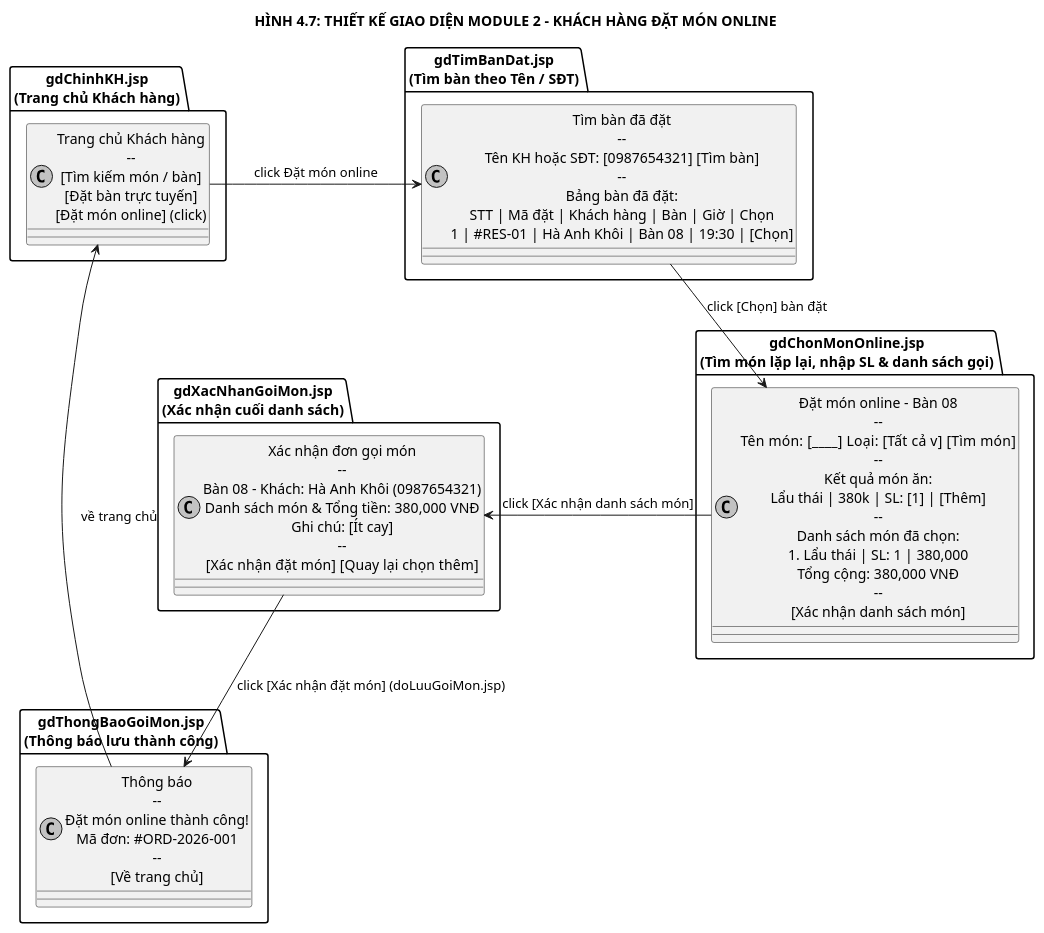
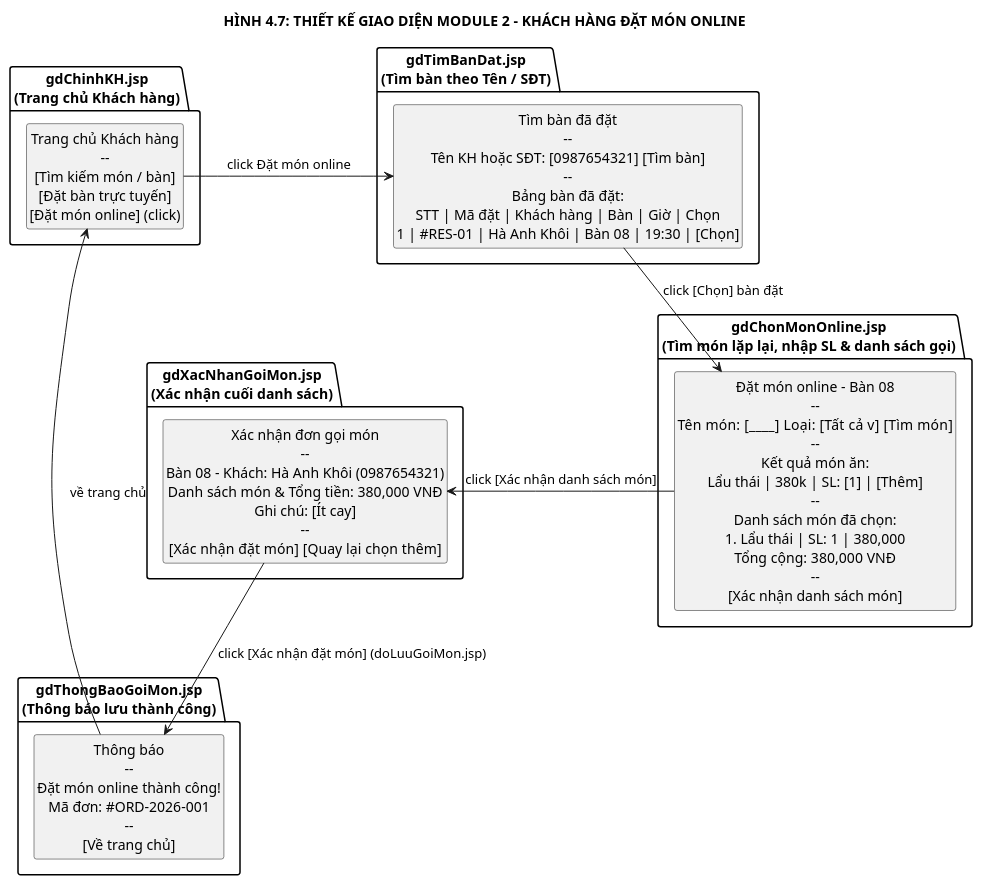
Before and after one commit to NEWBIE1005/RMS_RestaurantManagementSystem: the diagram in docs/plantuml/thiet_ke/Design_04a_Module2_UIFlow.puml, drawn with PlantUML. The commit also changed 38 other files, not shown here.

Commit message:
Optimize UML relationships, sequence numbering, and diagram layouts

```diff
--- a/docs/plantuml/thiet_ke/Design_04a_Module2_UIFlow.puml
+++ b/docs/plantuml/thiet_ke/Design_04a_Module2_UIFlow.puml
@@ -1,34 +1,36 @@
 @startuml Design_04a_Module2_UIFlow
 skinparam monochrome true
 skinparam shadowing false
 skinparam defaultTextAlignment center
+hide circle
+hide empty members
 
 title HÌNH 4.7: THIẾT KẾ GIAO DIỆN MODULE 2 - KHÁCH HÀNG ĐẶT MÓN ONLINE
 
 package "gdChinhKH.jsp\n(Trang chủ Khách hàng)" as P0 {
   class "Trang chủ Khách hàng\n--\n[Tìm kiếm món / bàn]\n[Đặt bàn trực tuyến]\n[Đặt món online] (click)" as UI0
 }
 
 package "gdTimBanDat.jsp\n(Tìm bàn theo Tên / SĐT)" as P1 {
   class "Tìm bàn đã đặt\n--\nTên KH hoặc SĐT: [0987654321] [Tìm bàn]\n--\nBảng bàn đã đặt:\nSTT | Mã đặt | Khách hàng | Bàn | Giờ | Chọn\n1 | #RES-01 | Hà Anh Khôi | Bàn 08 | 19:30 | [Chọn]" as UI1
 }
 
 package "gdChonMonOnline.jsp\n(Tìm món lặp lại, nhập SL & danh sách gọi)" as P2 {
   class "Đặt món online - Bàn 08\n--\nTên món: [____]  Loại: [Tất cả v]  [Tìm món]\n--\nKết quả món ăn:\nLẩu thái | 380k | SL: [1] | [Thêm]\n--\nDanh sách món đã chọn:\n1. Lẩu thái | SL: 1 | 380,000\nTổng cộng: 380,000 VNĐ\n--\n[Xác nhận danh sách món]" as UI2
 }
 
 package "gdXacNhanGoiMon.jsp\n(Xác nhận cuối danh sách)" as P3 {
   class "Xác nhận đơn gọi món\n--\nBàn 08 - Khách: Hà Anh Khôi (0987654321)\nDanh sách món & Tổng tiền: 380,000 VNĐ\nGhi chú: [Ít cay]\n--\n[Xác nhận đặt món]  [Quay lại chọn thêm]" as UI3
 }
 
 package "gdThongBaoGoiMon.jsp\n(Thông báo lưu thành công)" as P4 {
   class "Thông báo\n--\nĐặt món online thành công!\nMã đơn: #ORD-2026-001\n--\n[Về trang chủ]" as UI4
 }
 
 UI0 -right-> UI1 : click Đặt món online
 UI1 -down-> UI2 : click [Chọn] bàn đặt
 UI2 -right-> UI3 : click [Xác nhận danh sách món]
 UI3 -down-> UI4 : click [Xác nhận đặt món] (doLuuGoiMon.jsp)
 UI4 -up-> UI0 : về trang chủ
 
 @enduml
```
